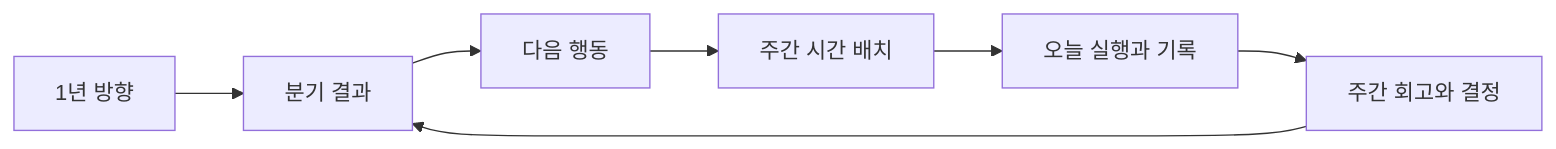
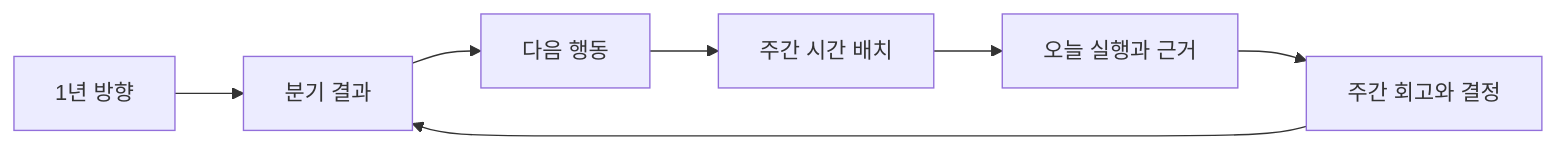
The first of 2 diagrams in README.md (jieseob1/planner), drawn with Mermaid before and after one commit. The commit also changed other lines of this file and 171 other files, not shown here.

````diff
--- a/README.md
+++ b/README.md
@@ -20,9 +45,9 @@
 ```mermaid
 flowchart LR
   A[1년 방향] --> B[분기 결과]
   B --> C[다음 행동]
   C --> D[주간 시간 배치]
-  D --> E[오늘 실행과 기록]
+  D --> E[오늘 실행과 근거]
   E --> F[주간 회고와 결정]
   F --> B
 ```
````
